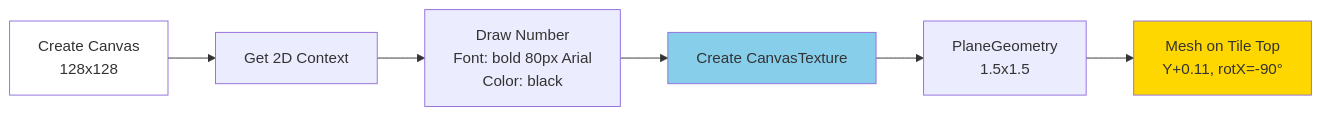
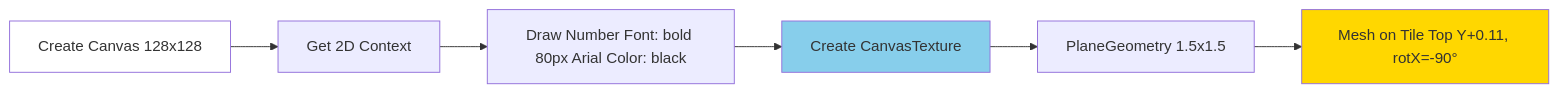
One commit to softwarewrighter/shut_the_box changed the fifth of 15 diagrams in wiki/Frontend-3D.md. Above: the diagram before and after it, drawn with Mermaid. The commit also changed other lines of this file and 5 other files, not shown here.

````diff
--- a/wiki/Frontend-3D.md
+++ b/wiki/Frontend-3D.md
@@ -168,12 +168,12 @@
 ```mermaid
 flowchart LR
-    CANVAS[Create Canvas<br/>128x128] --> CTX[Get 2D Context]
-    CTX --> DRAW[Draw Number<br/>Font: bold 80px Arial<br/>Color: black]
+    CANVAS[Create Canvas 128x128] --> CTX[Get 2D Context]
+    CTX --> DRAW[Draw Number Font: bold 80px Arial Color: black]
     DRAW --> TEX[Create CanvasTexture]
-    TEX --> PLANE[PlaneGeometry<br/>1.5x1.5]
-    PLANE --> MESH[Mesh on Tile Top<br/>Y+0.11, rotX=-90°]
+    TEX --> PLANE[PlaneGeometry 1.5x1.5]
+    PLANE --> MESH[Mesh on Tile Top Y+0.11, rotX=-90°]
 
     style CANVAS fill:#fff
     style TEX fill:#87ceeb
     style MESH fill:#ffd700
 ```
````
